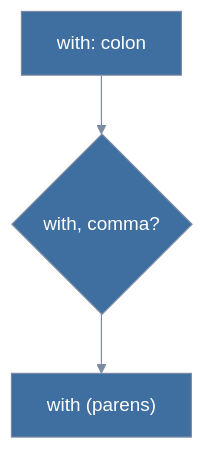
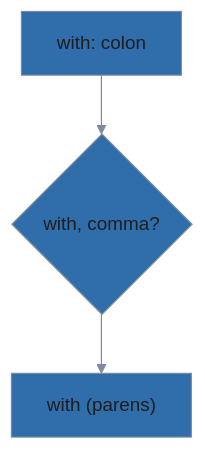
Before and after one commit to trevor-vaughan/Lola_Pack_Project_Docs: the diagram in module/skills/docs-organization/scripts/__fixtures__/quoted-punctuation.mmd, drawn with Mermaid. The commit also changed 53 other files, not shown here.

First line of the commit message:
feat(docs-organization): add palette system, lint upgrades, and diagram fixtures

```diff
--- a/module/skills/docs-organization/scripts/__fixtures__/quoted-punctuation.mmd
+++ b/module/skills/docs-organization/scripts/__fixtures__/quoted-punctuation.mmd
@@ -1,11 +1,14 @@
 %%{init: {'theme': 'base', 'themeVariables': {
-  'primaryColor': '#3e6fa0',
-  'primaryTextColor': '#ffffff',
+  'primaryColor': '#2f6dab',
+  'primaryTextColor': '#1e1e1e',
   'primaryBorderColor': '#7c8ba1',
   'lineColor': '#7c8ba1',
-  'edgeLabelBackground': '#f5f5f5',
+  'edgeLabelBackground': '#eef2f8',
+  'clusterBkg': 'transparent',
+  'clusterBorder': '#7c8ba1',
+  'titleColor': '#7c8ba1',
   'fontFamily': 'system-ui, sans-serif'
 }}}%%
 flowchart TD
   A["with: colon"] --> B{"with, comma?"}
   B --> C["with (parens)"]
```
